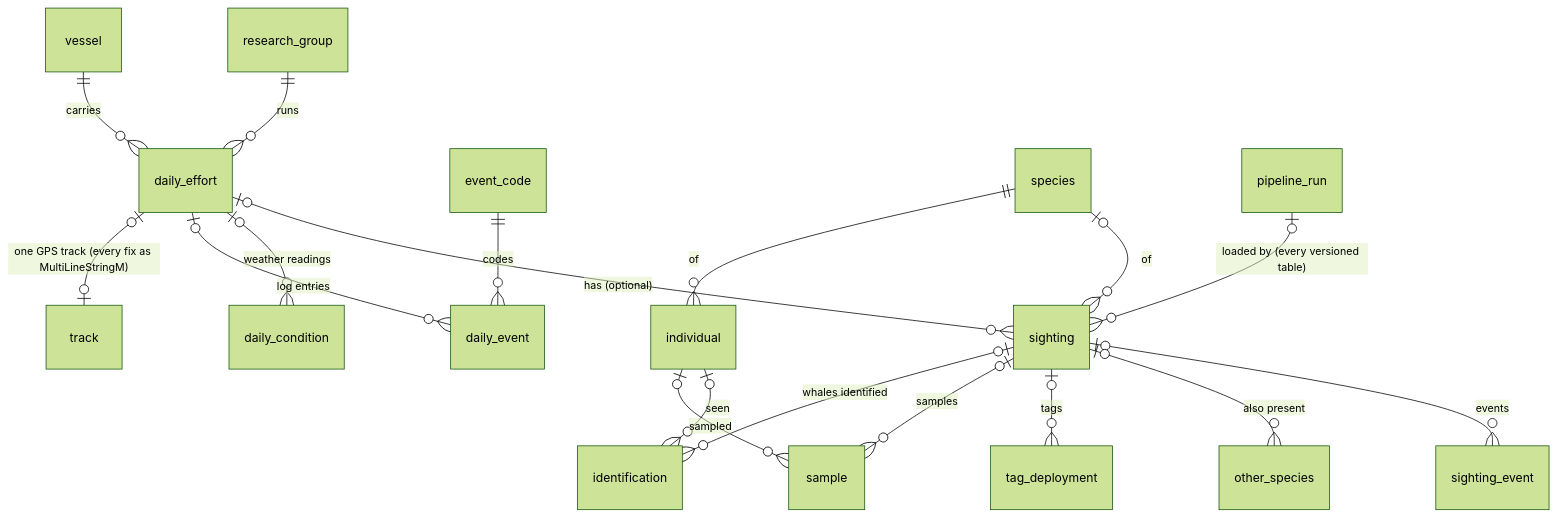
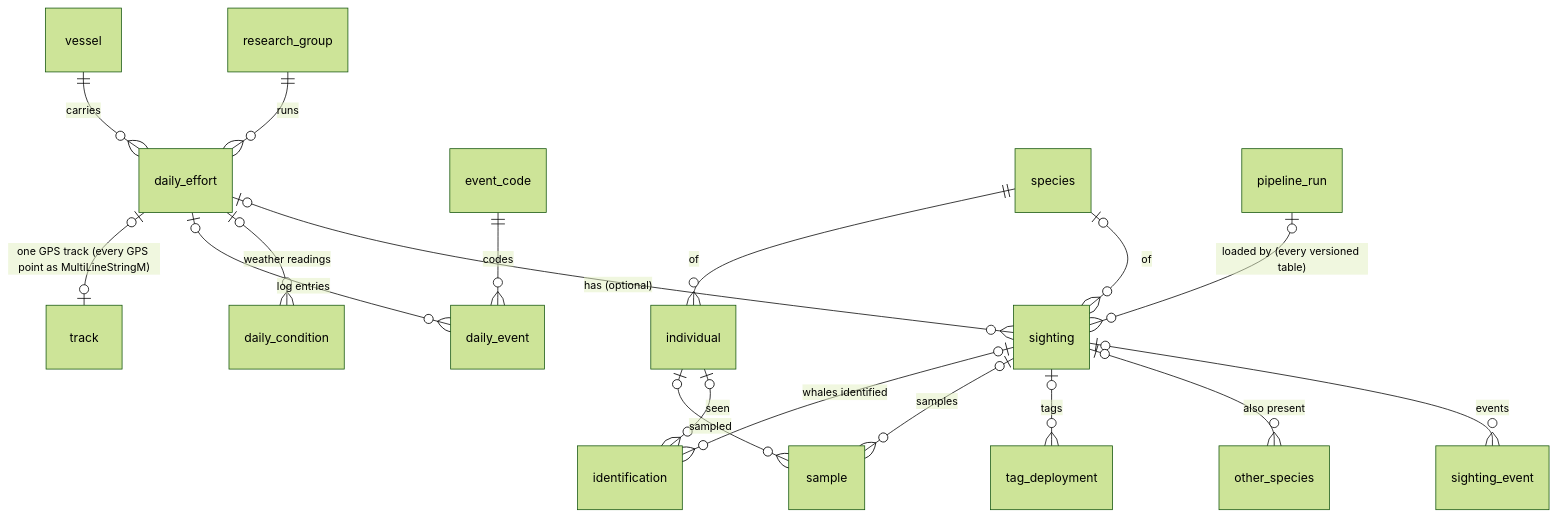
Before and after one commit to Boaxes/Cascadia-DB-V2: the diagram in docs/schema/schema.md, drawn with Mermaid (forest theme). The commit also changed other lines of this file and 6 other files, not shown here.

Commit message:
Phase 2 docs: say GPS point instead of fix; DuckLake column fix_time renamed point_time

````diff
--- a/docs/schema/schema.md
+++ b/docs/schema/schema.md
@@ -52,20 +52,20 @@
 ```mermaid
 erDiagram
     research_group ||--o{ daily_effort : "runs"
     vessel ||--o{ daily_effort : "carries"
     daily_effort |o--o{ sighting : "has (optional)"
     daily_effort |o--o{ daily_condition : "weather readings"
     daily_effort |o--o{ daily_event : "log entries"
-    daily_effort |o--o| track : "one GPS track (every fix as MultiLineStringM)"
+    daily_effort |o--o| track : "one GPS track (every GPS point as MultiLineStringM)"
     event_code ||--o{ daily_event : "codes"
     species |o--o{ sighting : "of"
     sighting |o--o{ sighting_event : "events"
     sighting |o--o{ other_species : "also present"
     sighting |o--o{ tag_deployment : "tags"
     sighting |o--o{ sample : "samples"
     sighting |o--o{ identification : "whales identified"
     individual |o--o{ identification : "seen"
     individual |o--o{ sample : "sampled"
     species ||--o{ individual : "of"
     pipeline_run |o--o{ sighting : "loaded by (every versioned table)"
 ```
````
